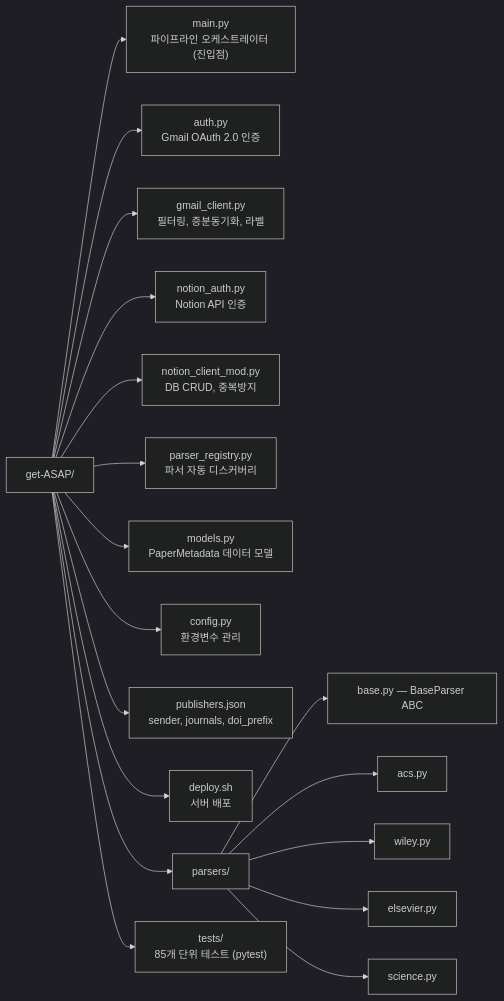
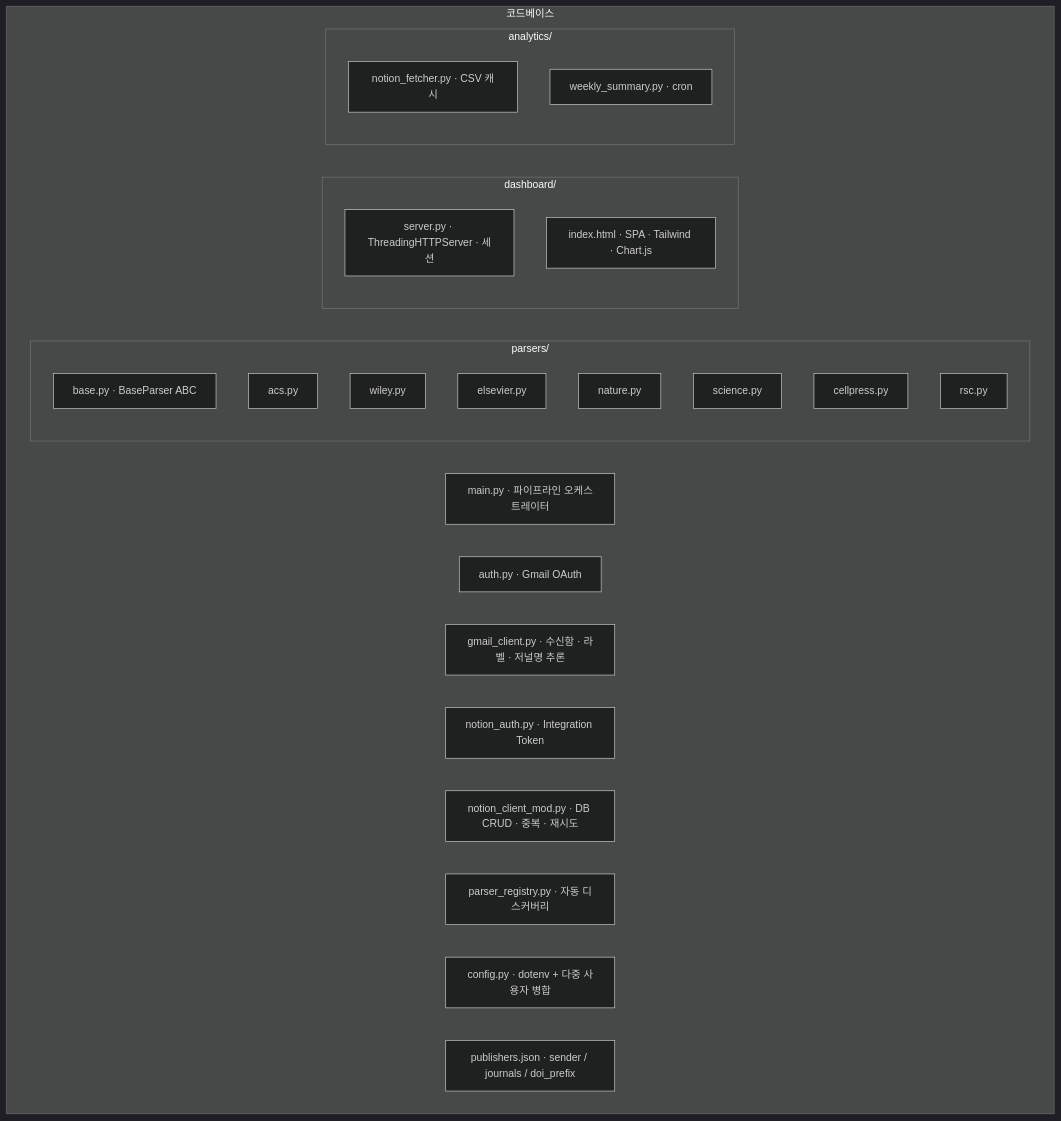
The second of 4 diagrams in README.md (hydrochan/get-ASAP), drawn with Mermaid (dark theme) before and after one commit. The commit also changed other lines of this file, not shown here.

````diff
--- a/README.md
+++ b/README.md
@@ -69,21 +92,34 @@
 ```mermaid
-flowchart LR
-    ROOT["get-ASAP/"]
-    ROOT --> M["main.py<br/>파이프라인 오케스트레이터 (진입점)"]
-    ROOT --> AU["auth.py<br/>Gmail OAuth 2.0 인증"]
-    ROOT --> GC["gmail_client.py<br/>필터링, 증분동기화, 라벨"]
-    ROOT --> NA["notion_auth.py<br/>Notion API 인증"]
-    ROOT --> NC["notion_client_mod.py<br/>DB CRUD, 중복방지"]
-    ROOT --> PR["parser_registry.py<br/>파서 자동 디스커버리"]
-    ROOT --> MD["models.py<br/>PaperMetadata 데이터 모델"]
-    ROOT --> CFG["config.py<br/>환경변수 관리"]
-    ROOT --> PJ["publishers.json<br/>sender, journals, doi_prefix"]
-    ROOT --> DP["deploy.sh<br/>서버 배포"]
-    ROOT --> P["parsers/"]
-    P --> P0["base.py — BaseParser ABC"]
-    P --> P1["acs.py"]
-    P --> P2["wiley.py"]
-    P --> P3["elsevier.py"]
-    P --> P4["science.py"]
-    ROOT --> T["tests/<br/>85개 단위 테스트 (pytest)"]
+flowchart TB
+    subgraph CODE["코드베이스"]
+        MAIN[main.py · 파이프라인 오케스트레이터]
+        AU[auth.py · Gmail OAuth]
+        GC[gmail_client.py · 수신함 · 라벨 · 저널명 추론]
+        NA[notion_auth.py · Integration Token]
+        NC[notion_client_mod.py · DB CRUD · 중복 · 재시도]
+        PR[parser_registry.py · 자동 디스커버리]
+        CFG[config.py · dotenv + 다중 사용자 병합]
+        PJ[publishers.json · sender / journals / doi_prefix]
+
+        subgraph PARSERS["parsers/"]
+            BP[base.py · BaseParser ABC]
+            PACS[acs.py]
+            PWIL[wiley.py]
+            PELS[elsevier.py]
+            PNAT[nature.py]
+            PSCI[science.py]
+            PCEL[cellpress.py]
+            PRSC[rsc.py]
+        end
+
+        subgraph DASHSRC["dashboard/"]
+            DS1[server.py · ThreadingHTTPServer · 세션]
+            DS2[index.html · SPA · Tailwind · Chart.js]
+        end
+
+        subgraph ANALYTICS["analytics/"]
+            AN1[notion_fetcher.py · CSV 캐시]
+            AN2[weekly_summary.py · cron]
+        end
+    end
 ```
````
